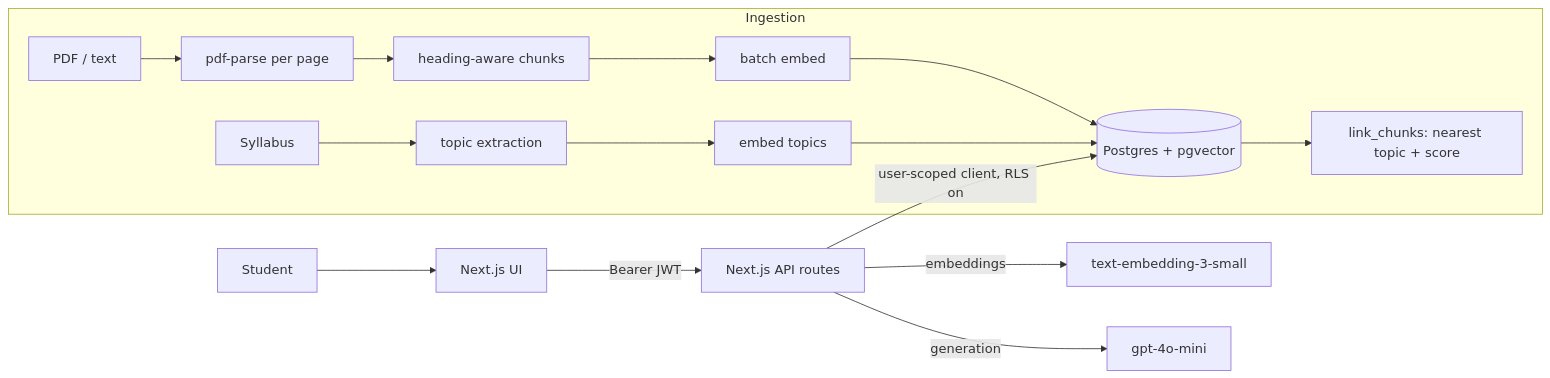
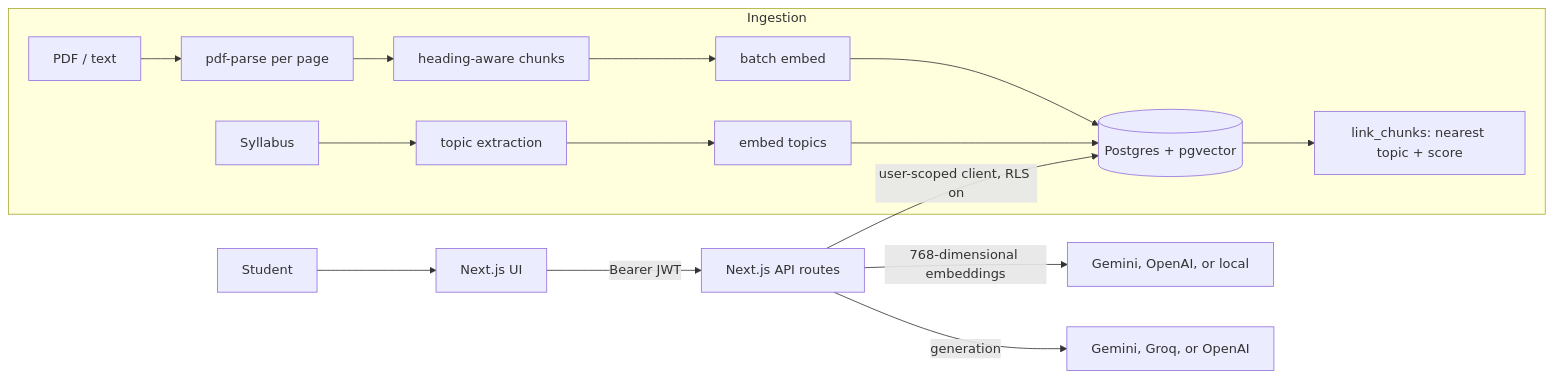
One commit to chanduprakashreddy/gapFinder-AI changed the diagram in README.md. Above: the diagram before and after it, drawn with Mermaid. The commit also changed other lines of this file and 30 other files, not shown here.

````diff
--- a/README.md
+++ b/README.md
@@ -29,13 +29,13 @@
 ```mermaid
 flowchart LR
   U[Student] --> UI[Next.js UI]
   UI -->|Bearer JWT| API[Next.js API routes]
   API -->|user-scoped client, RLS on| DB[(Postgres + pgvector)]
-  API -->|embeddings| EMB[text-embedding-3-small]
-  API -->|generation| LLM[gpt-4o-mini]
+  API -->|768-dimensional embeddings| EMB[Gemini, OpenAI, or local]
+  API -->|generation| LLM[Gemini, Groq, or OpenAI]
   subgraph Ingestion
     F[PDF / text] --> P[pdf-parse per page] --> C[heading-aware chunks] --> E[batch embed] --> DB
     S[Syllabus] --> T[topic extraction] --> TE[embed topics] --> DB
     DB --> L[link_chunks: nearest topic + score]
   end
 ```
````
